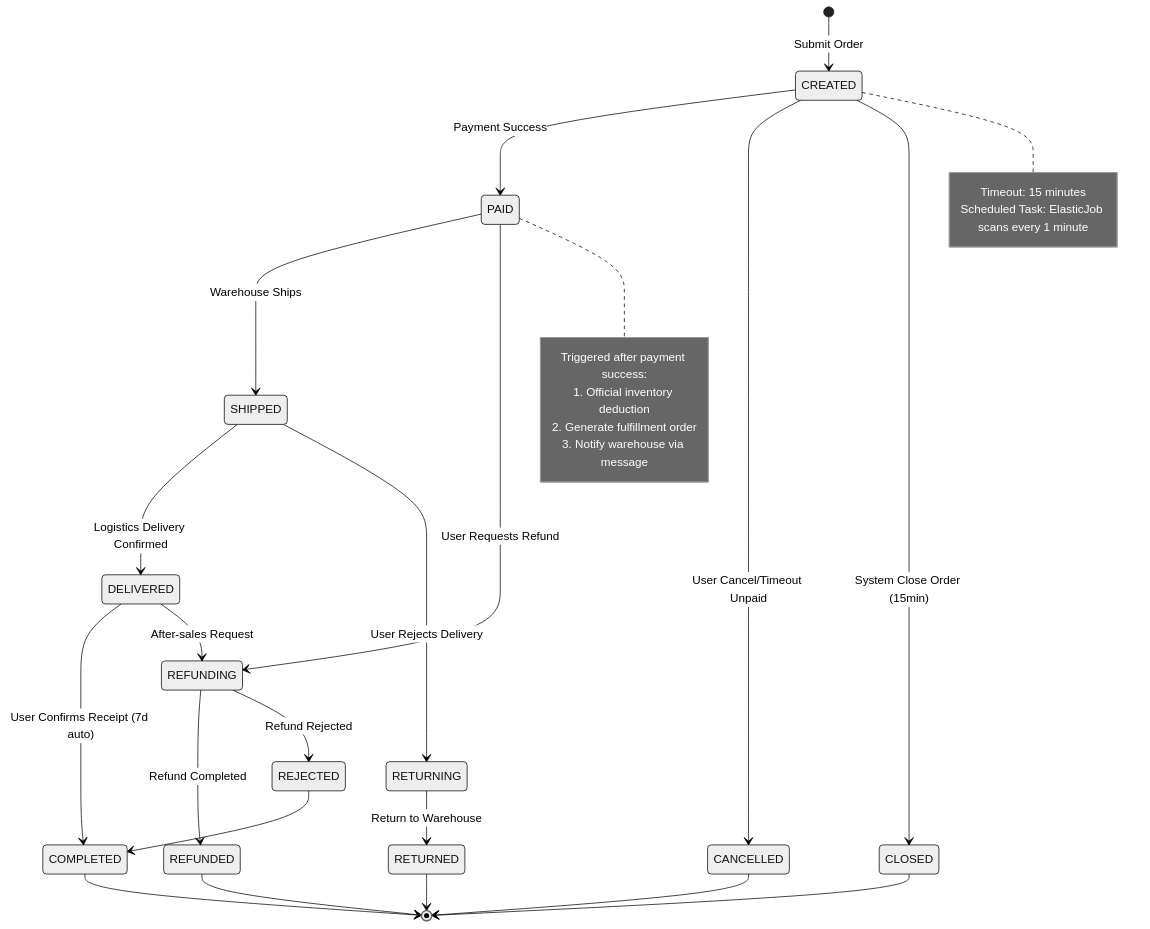
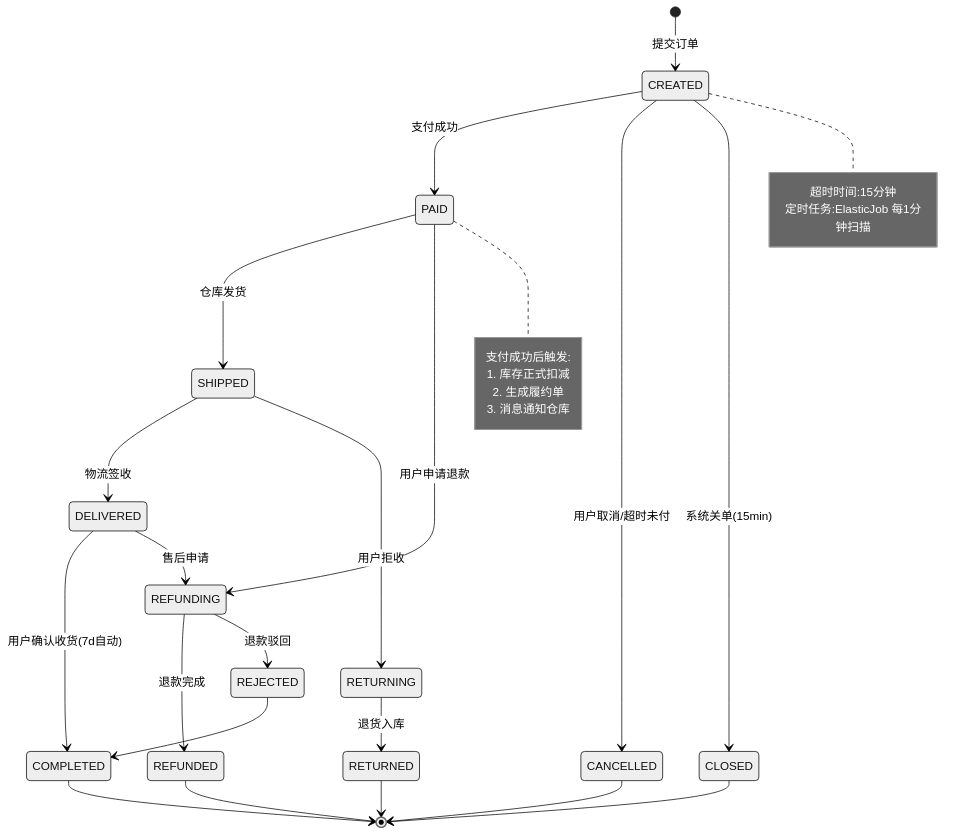
Before and after one commit to Kirky-X/cangjie: the eighth of 11 diagrams in templates/Product/Product/Template-FRD.md, drawn with Mermaid (neutral theme). The commit also changed other lines of this file and 33 other files, not shown here.

````diff
--- a/templates/Product/Product/Template-FRD.md
+++ b/templates/Product/Product/Template-FRD.md
@@ -319,39 +319,39 @@
 ```mermaid
 stateDiagram-v2
-    [*] --> CREATED: Submit Order
-    CREATED --> PAID: Payment Success
-    CREATED --> CANCELLED: User Cancel/Timeout Unpaid
-    CREATED --> CLOSED: System Close Order (15min)
+    [*] --> CREATED: 提交订单
+    CREATED --> PAID: 支付成功
+    CREATED --> CANCELLED: 用户取消/超时未付
+    CREATED --> CLOSED: 系统关单(15min)
 
-    PAID --> SHIPPED: Warehouse Ships
-    PAID --> REFUNDING: User Requests Refund
+    PAID --> SHIPPED: 仓库发货
+    PAID --> REFUNDING: 用户申请退款
 
-    SHIPPED --> DELIVERED: Logistics Delivery Confirmed
-    SHIPPED --> RETURNING: User Rejects Delivery
+    SHIPPED --> DELIVERED: 物流签收
+    SHIPPED --> RETURNING: 用户拒收
 
-    DELIVERED --> COMPLETED: User Confirms Receipt (7d auto)
-    DELIVERED --> REFUNDING: After-sales Request
+    DELIVERED --> COMPLETED: 用户确认收货(7d自动)
+    DELIVERED --> REFUNDING: 售后申请
 
-    REFUNDING --> REFUNDED: Refund Completed
-    REFUNDING --> REJECTED: Refund Rejected
+    REFUNDING --> REFUNDED: 退款完成
+    REFUNDING --> REJECTED: 退款驳回
 
-    RETURNING --> RETURNED: Return to Warehouse
+    RETURNING --> RETURNED: 退货入库
     CANCELLED --> [*]
     CLOSED --> [*]
     COMPLETED --> [*]
     REFUNDED --> [*]
     RETURNED --> [*]
     REJECTED --> COMPLETED
 
     note right of CREATED
-        Timeout: 15 minutes
-        Scheduled Task: ElasticJob scans every 1 minute
+        超时时间:15分钟
+        定时任务:ElasticJob 每1分钟扫描
     end note
 
     note right of PAID
-        Triggered after payment success:
-        1. Official inventory deduction
-        2. Generate fulfillment order
-        3. Notify warehouse via message
+        支付成功后触发:
+        1. 库存正式扣减
+        2. 生成履约单
+        3. 消息通知仓库
     end note
 ```
````
